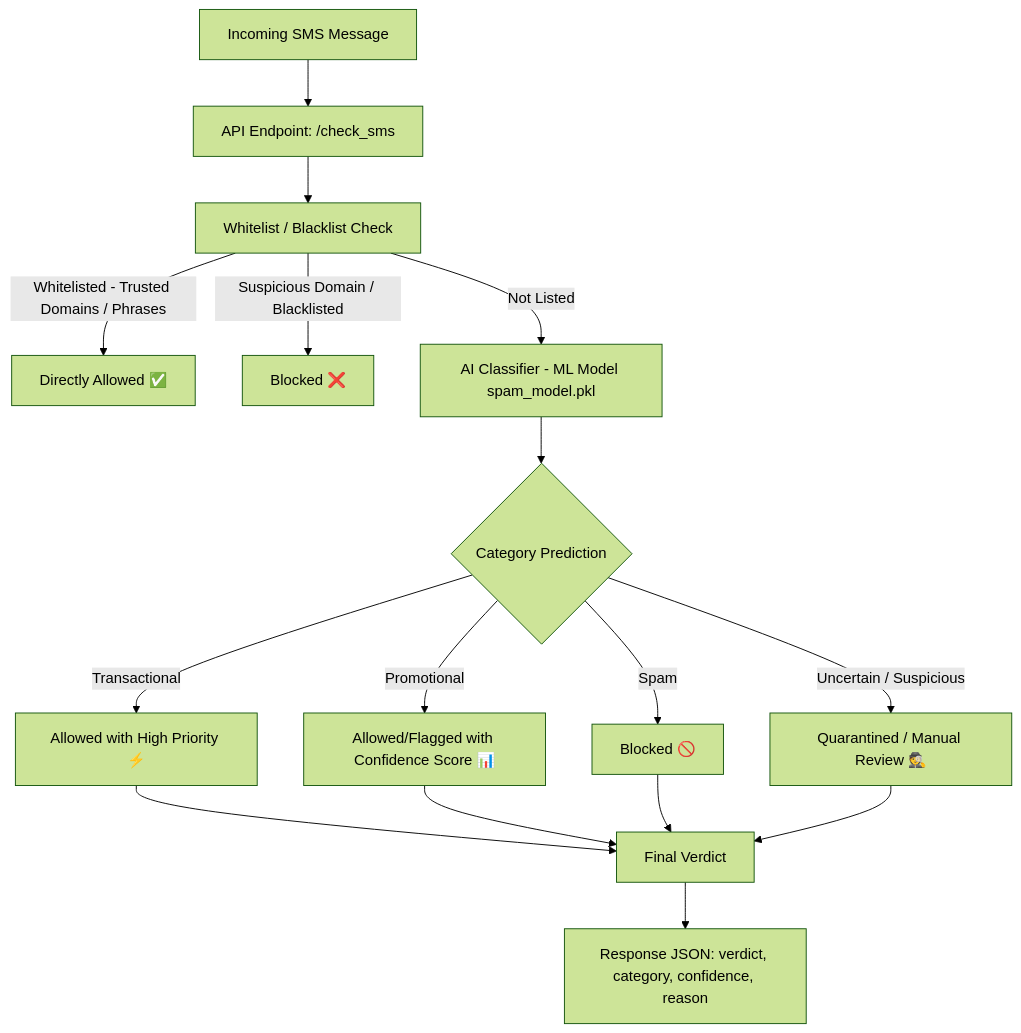
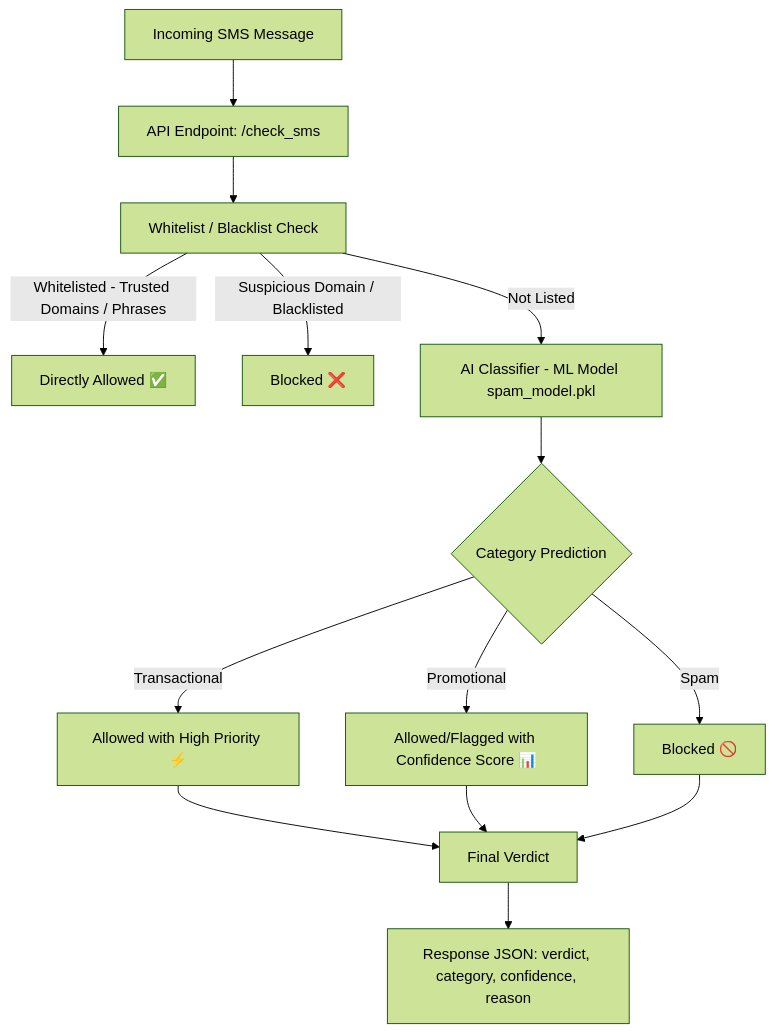
The diagram in README.md (aesha1456/SMS_FILTER_AI), drawn with Mermaid (forest theme) before and after one commit.

````diff
--- a/README.md
+++ b/README.md
@@ -9,25 +9,24 @@
 ```mermaid
 flowchart TD
     A[Incoming SMS Message] --> B[API Endpoint: /check_sms]
 
     B --> C[Whitelist / Blacklist Check]
     C -->|Whitelisted - Trusted Domains / Phrases| D[Directly Allowed ✅]
     C -->|Suspicious Domain / Blacklisted| E[Blocked ❌]
     C -->|Not Listed| F[AI Classifier - ML Model spam_model.pkl]
 
     F --> G{Category Prediction}
     G -->|Transactional| H[Allowed with High Priority ⚡]
     G -->|Promotional| I[Allowed/Flagged with Confidence Score 📊]
     G -->|Spam| J[Blocked 🚫]
-    G -->|Uncertain / Suspicious| K[Quarantined / Manual Review 🕵️]
-
+  
     H --> L[Final Verdict]
     I --> L
     J --> L
-    K --> L
+    
 
     L --> M[Response JSON: verdict, category, confidence, reason]
 
 
 
 ```
````
